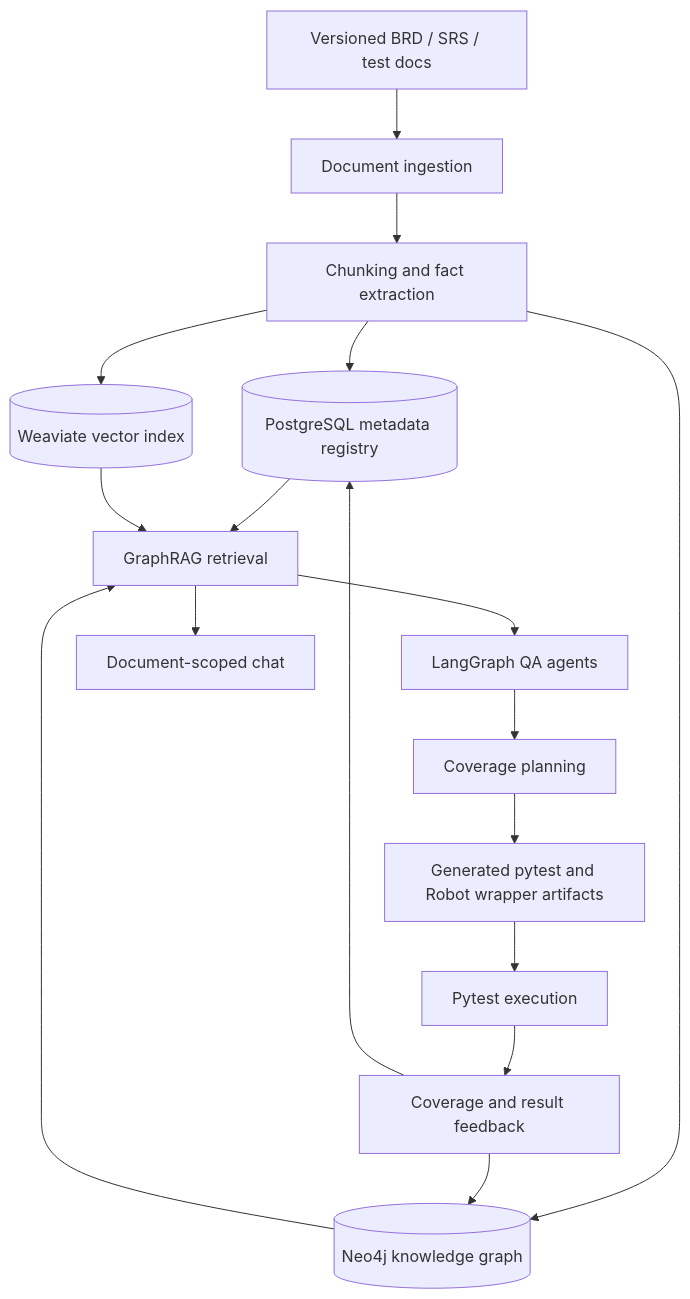
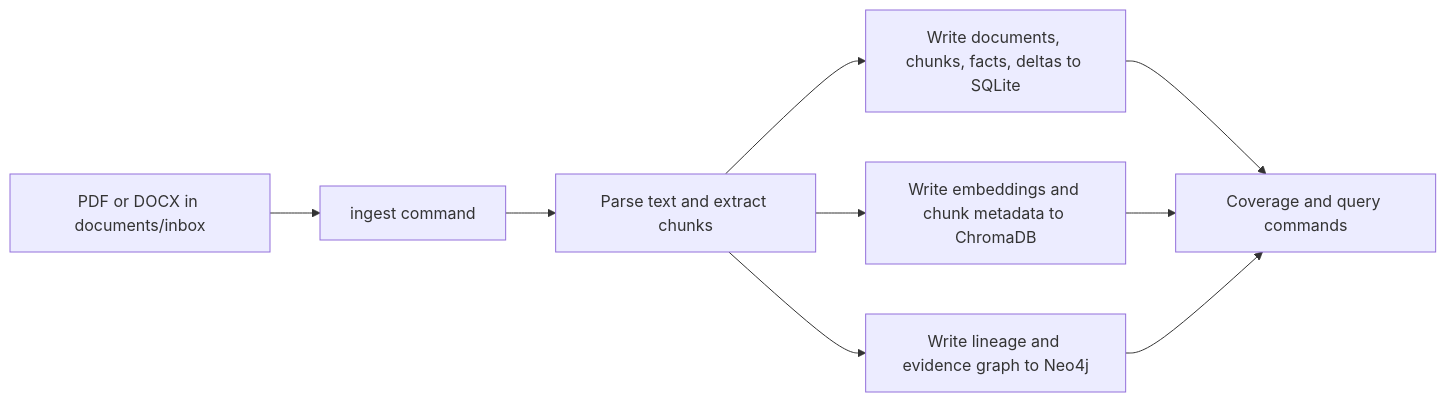
Before and after one commit to rajdeepak92/Multi-Agentic-RAG: the diagram in README.md, drawn with Mermaid. The commit also changed other lines of this file and 23 other files, not shown here.

````diff
--- a/README.md
+++ b/README.md
@@ -13,19 +38,11 @@
 ```mermaid
-flowchart TD
-    A[Versioned BRD / SRS / test docs] --> B[Document ingestion]
-    B --> C[Chunking and fact extraction]
-    C --> D[(PostgreSQL metadata registry)]
-    C --> E[(Weaviate vector index)]
-    C --> F[(Neo4j knowledge graph)]
-    D --> G[GraphRAG retrieval]
-    E --> G
-    F --> G
-    G --> H[LangGraph QA agents]
-    H --> I[Coverage planning]
-    I --> J[Generated pytest and Robot wrapper artifacts]
-    J --> K[Pytest execution]
-    K --> L[Coverage and result feedback]
-    L --> D
-    L --> F
-    G --> M[Document-scoped chat]
+flowchart LR
+  A[PDF or DOCX in documents/inbox] --> B[ingest command]
+  B --> C[Parse text and extract chunks]
+  C --> D[Write documents, chunks, facts, deltas to SQLite]
+  C --> E[Write embeddings and chunk metadata to ChromaDB]
+  C --> F[Write lineage and evidence graph to Neo4j]
+  D --> G[Coverage and query commands]
+  E --> G
+  F --> G
 ```
````
